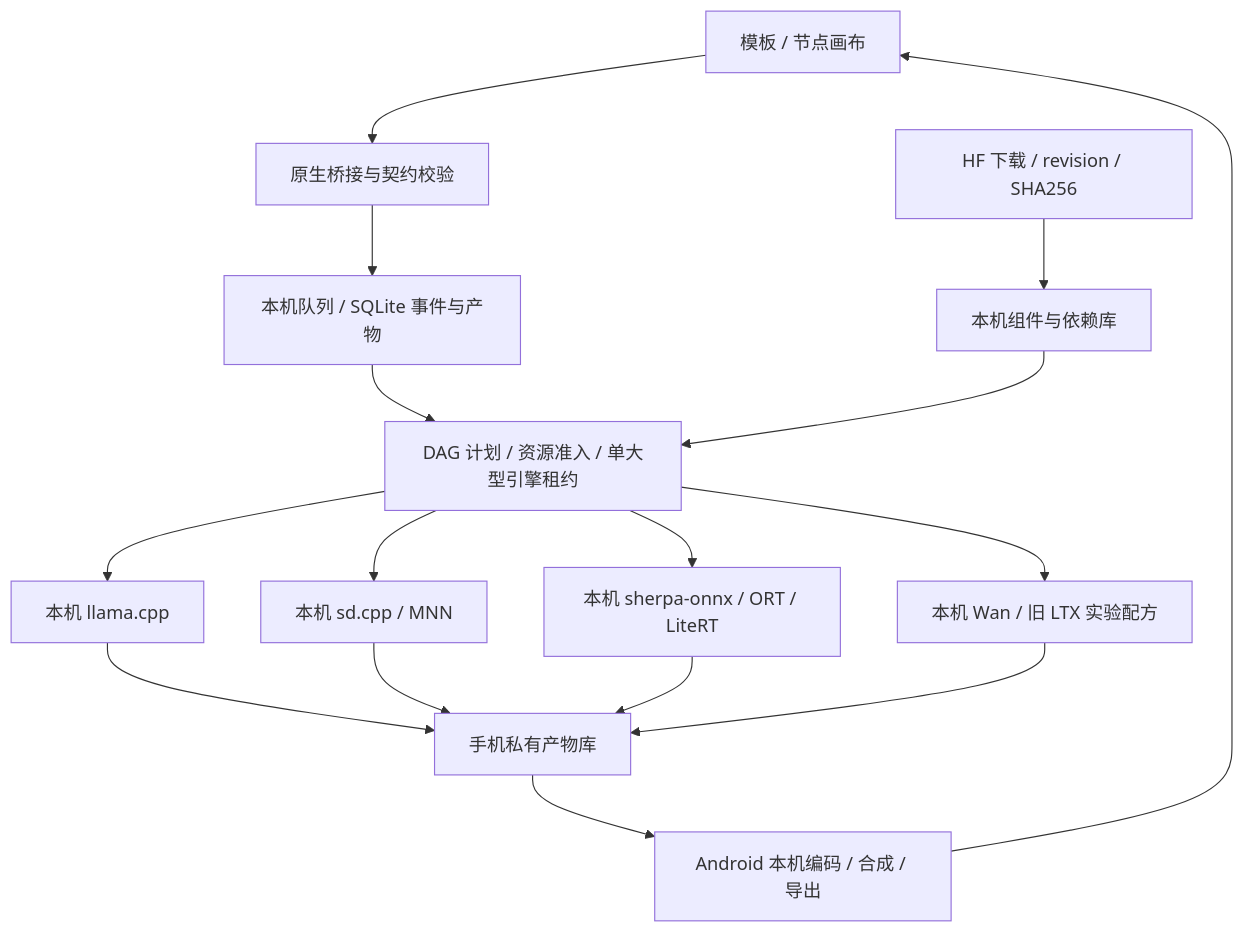
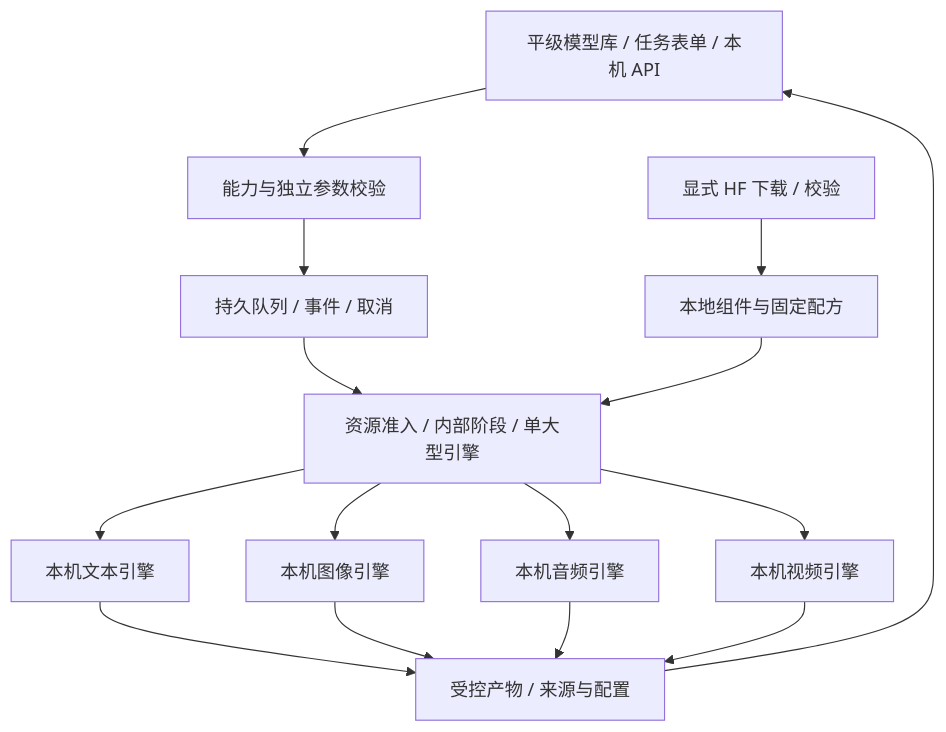
The diagram in docs/WORKFLOWS.md (wikigsroom/LMA), drawn with Mermaid before and after one commit. The commit also changed other lines of this file and 18 other files, not shown here.

````diff
--- a/docs/WORKFLOWS.md
+++ b/docs/WORKFLOWS.md
@@ -13,18 +11,17 @@
 ```mermaid
 flowchart TD
-    UI[模板 / 节点画布] --> BRIDGE[原生桥接与契约校验]
-    BRIDGE --> JOBS[本机队列 / SQLite 事件与产物]
-    JOBS --> PLAN[DAG 计划 / 资源准入 / 单大型引擎租约]
-    PLAN --> TEXT[本机 llama.cpp]
-    PLAN --> IMAGE[本机 sd.cpp / MNN]
-    PLAN --> AUDIO[本机 sherpa-onnx / ORT / LiteRT]
-    PLAN --> VIDEO[本机 Wan / 旧 LTX 实验配方]
-    TEXT --> STORE[手机私有产物库]
+    UI[平级模型库 / 任务表单 / 本机 API] --> VALIDATE[能力与独立参数校验]
+    VALIDATE --> JOBS[持久队列 / 事件 / 取消]
+    JOBS --> PLAN[资源准入 / 内部阶段 / 单大型引擎]
+    PLAN --> TEXT[本机文本引擎]
+    PLAN --> IMAGE[本机图像引擎]
+    PLAN --> AUDIO[本机音频引擎]
+    PLAN --> VIDEO[本机视频引擎]
+    TEXT --> STORE[受控产物 / 来源与配置]
     IMAGE --> STORE
     AUDIO --> STORE
     VIDEO --> STORE
-    STORE --> MEDIA[Android 本机编码 / 合成 / 导出]
-    MEDIA --> UI
-    DOWNLOAD[HF 下载 / revision / SHA256] --> BUNDLES[本机组件与依赖库]
-    BUNDLES --> PLAN
+    STORE --> UI
+    DOWNLOAD[显式 HF 下载 / 校验] --> BUNDLE[本地组件与固定配方]
+    BUNDLE --> PLAN
 ```
````
